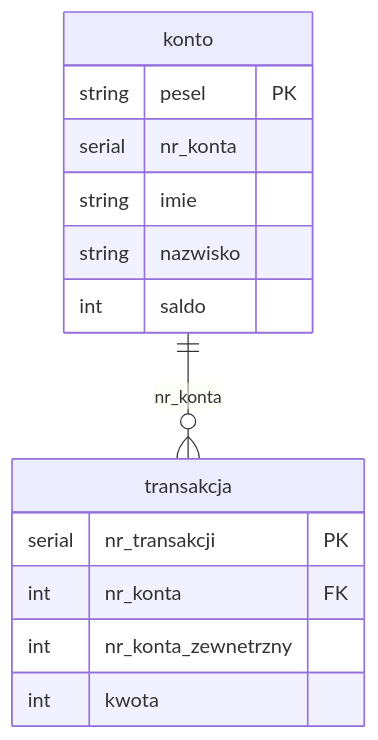
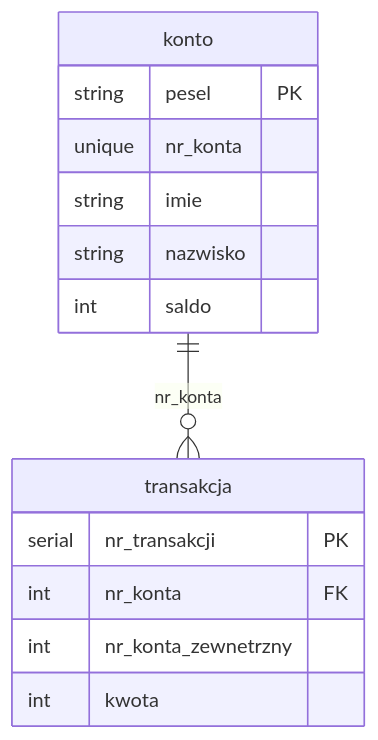
Before and after one commit to martafigurska/MIniBank: the diagram in README.md, drawn with Mermaid. The commit also changed 2 other files, not shown here.

Commit message:
all accounts endpoint

````diff
--- a/README.md
+++ b/README.md
@@ -8,20 +8,20 @@
 ```mermaid
 erDiagram
     konto {
         string pesel PK
-        serial nr_konta
+        unique nr_konta 
         string imie
         string nazwisko
         int saldo
     }
 
     transakcja {
         serial nr_transakcji PK
         int nr_konta FK
         int nr_konta_zewnetrzny
         int kwota
     }
 
     konto ||--o{ transakcja : "nr_konta"
 
 ```
````
